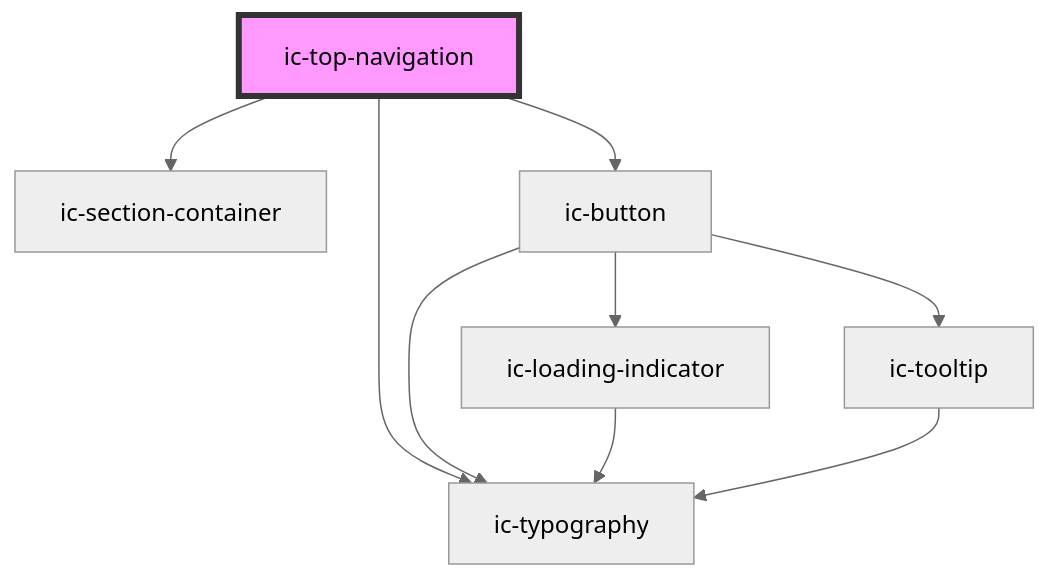
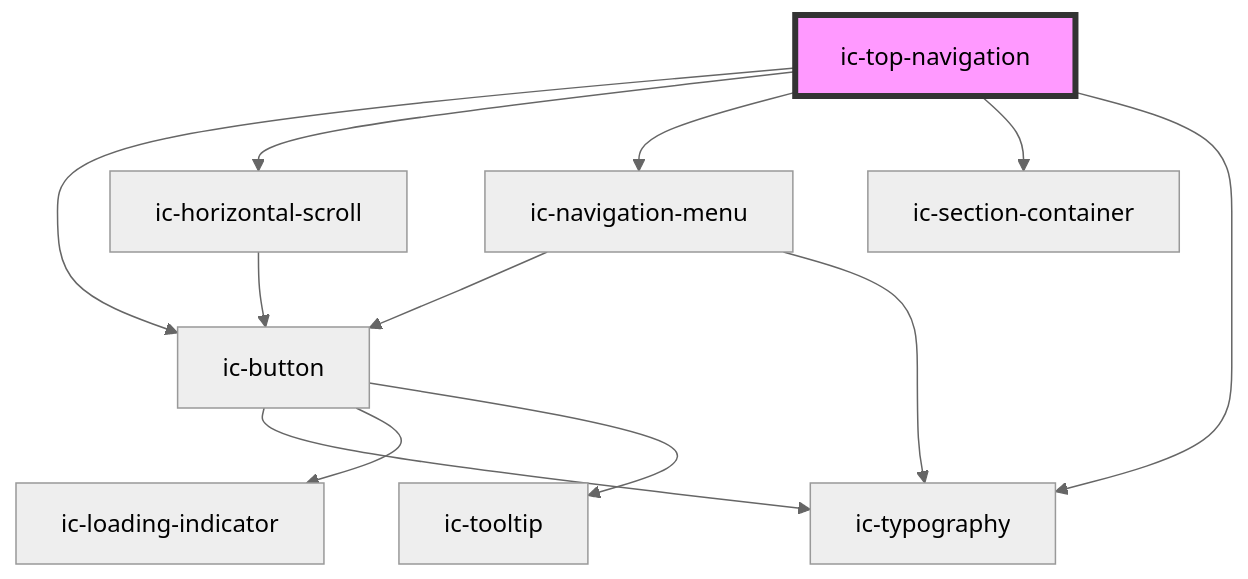
One commit to mi6/ic-ui-kit changed the diagram in packages/web-components/src/components/ic-top-navigation/readme.md. Above: the diagram before and after it, drawn with Mermaid (neutral theme). The commit also changed other lines of this file and 24 other files, not shown here.

````diff
--- a/packages/web-components/src/components/ic-top-navigation/readme.md
+++ b/packages/web-components/src/components/ic-top-navigation/readme.md
@@ -52,12 +55,15 @@
 ```mermaid
 graph TD;
+  ic-top-navigation --> ic-button
+  ic-top-navigation --> ic-horizontal-scroll
+  ic-top-navigation --> ic-navigation-menu
   ic-top-navigation --> ic-section-container
   ic-top-navigation --> ic-typography
-  ic-top-navigation --> ic-button
   ic-button --> ic-typography
   ic-button --> ic-loading-indicator
   ic-button --> ic-tooltip
-  ic-loading-indicator --> ic-typography
-  ic-tooltip --> ic-typography
+  ic-horizontal-scroll --> ic-button
+  ic-navigation-menu --> ic-button
+  ic-navigation-menu --> ic-typography
   style ic-top-navigation fill:#f9f,stroke:#333,stroke-width:4px
 ```
````
